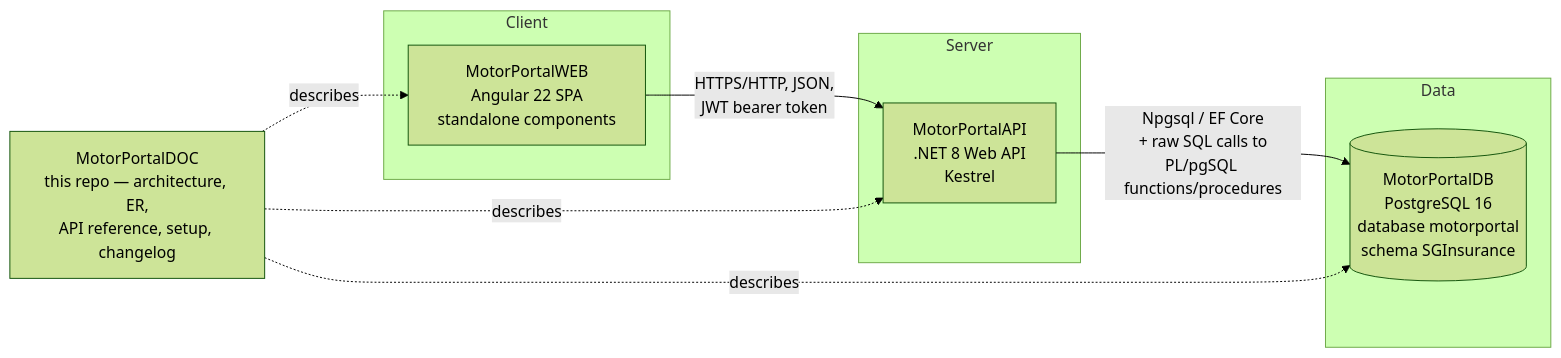
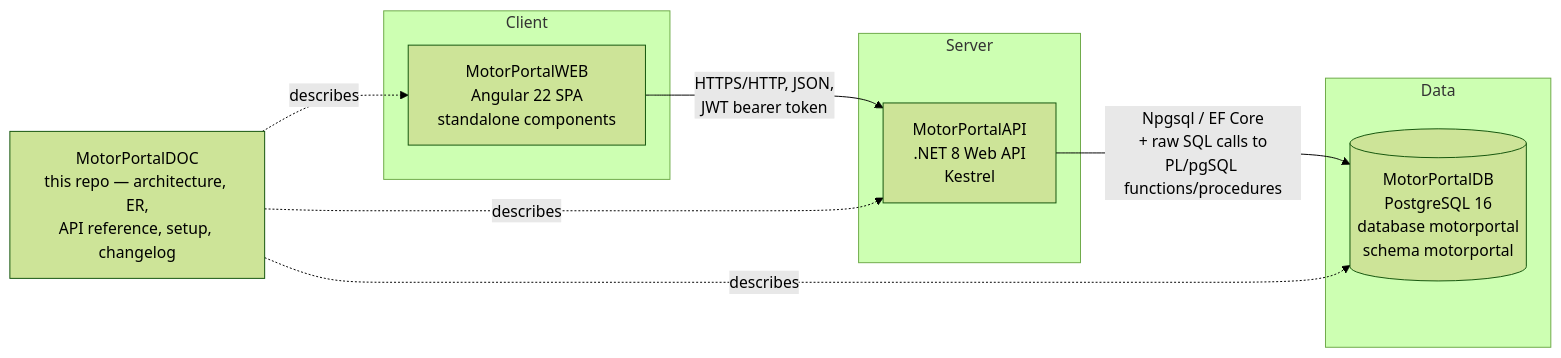
One commit to imsunilg/MotorPortalDOC changed the first of 2 diagrams in docs/architecture.md. Above: the diagram before and after it, drawn with Mermaid (forest theme). The commit also changed other lines of this file and 5 other files, not shown here.

Commit message:
docs: update schema name references from SGInsurance to motorportal

````diff
--- a/docs/architecture.md
+++ b/docs/architecture.md
@@ -11,19 +11,19 @@
 ```mermaid
 graph LR
     subgraph Client
         WEB[MotorPortalWEB<br/>Angular 22 SPA<br/>standalone components]
     end
     subgraph Server
         API[MotorPortalAPI<br/>.NET 8 Web API<br/>Kestrel]
     end
     subgraph Data
-        DB[(MotorPortalDB<br/>PostgreSQL 16<br/>database motorportal<br/>schema SGInsurance)]
+        DB[(MotorPortalDB<br/>PostgreSQL 16<br/>database motorportal<br/>schema motorportal)]
     end
     DOC[MotorPortalDOC<br/>this repo — architecture, ER,<br/>API reference, setup, changelog]
 
     WEB -- "HTTPS/HTTP, JSON,<br/>JWT bearer token" --> API
     API -- "Npgsql / EF Core<br/>+ raw SQL calls to<br/>PL/pgSQL functions/procedures" --> DB
     DOC -. describes .-> WEB
     DOC -. describes .-> API
     DOC -. describes .-> DB
 ```
````
